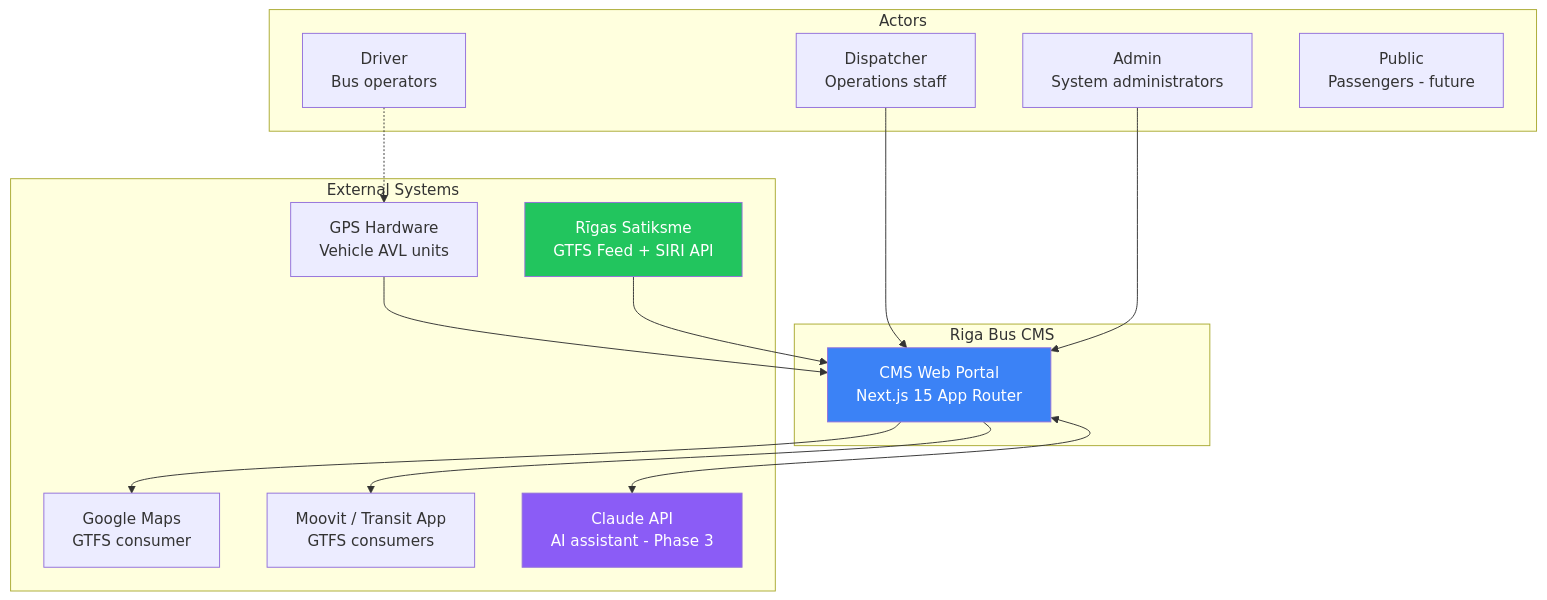
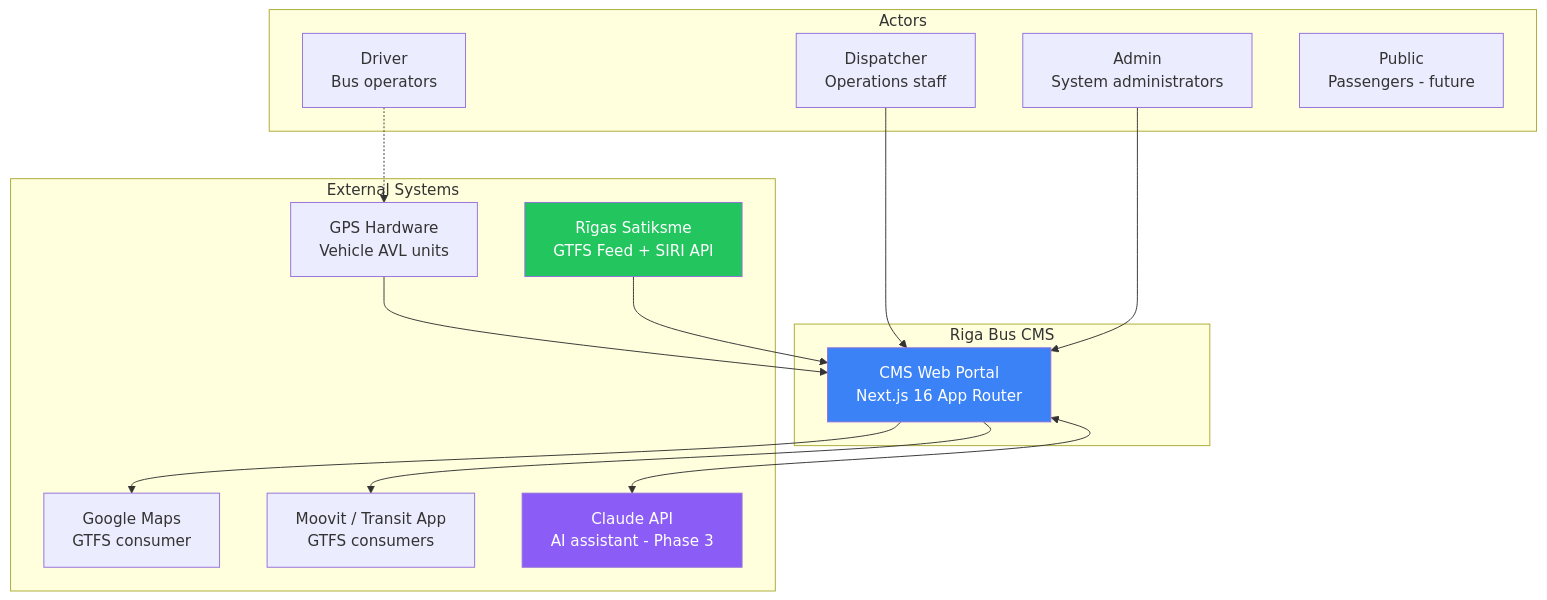
One commit to linardsb/VTV changed the first of 9 diagrams in documents/diagrams/architecture-diagrams.md. Above: the diagram before and after it, drawn with Mermaid. The commit also changed other lines of this file and 9 other files, not shown here.

First line of the commit message:
docs: update all project documentation for frontend architecture

````diff
--- a/documents/diagrams/architecture-diagrams.md
+++ b/documents/diagrams/architecture-diagrams.md
@@ -5,34 +5,34 @@
 ```mermaid
 graph TB
     subgraph Actors
         D[Dispatcher<br/>Operations staff]
         A[Admin<br/>System administrators]
         DR[Driver<br/>Bus operators]
         P[Public<br/>Passengers - future]
     end
 
     subgraph "Riga Bus CMS"
-        CMS[CMS Web Portal<br/>Next.js 15 App Router]
+        CMS[CMS Web Portal<br/>Next.js 16 App Router]
     end
 
     subgraph "External Systems"
         RS[Rīgas Satiksme<br/>GTFS Feed + SIRI API]
         GPS[GPS Hardware<br/>Vehicle AVL units]
         GM[Google Maps<br/>GTFS consumer]
         MA[Moovit / Transit App<br/>GTFS consumers]
         CL[Claude API<br/>AI assistant - Phase 3]
     end
 
     D --> CMS
     A --> CMS
     DR -.-> GPS
     GPS --> CMS
     RS --> CMS
     CMS --> GM
     CMS --> MA
     CMS <--> CL
 
     style CMS fill:#3b82f6,color:#fff
     style RS fill:#22c55e,color:#fff
     style CL fill:#8b5cf6,color:#fff
 ```
````
